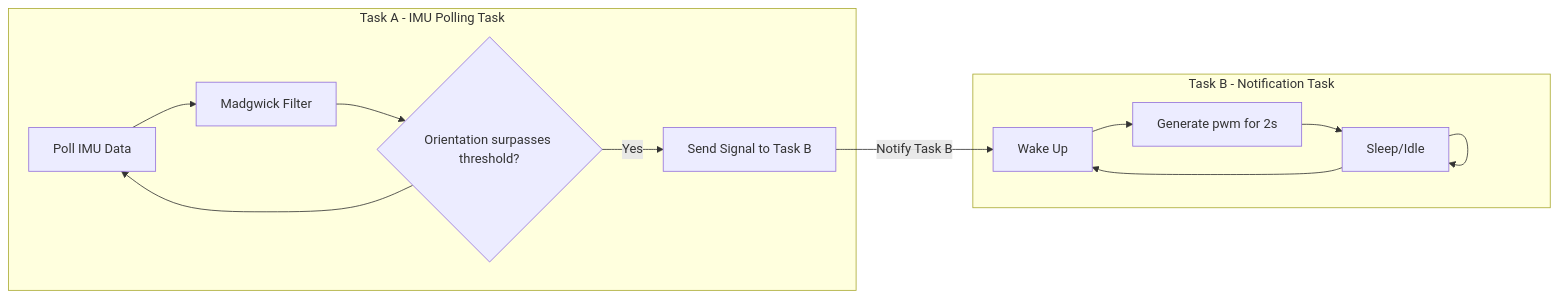
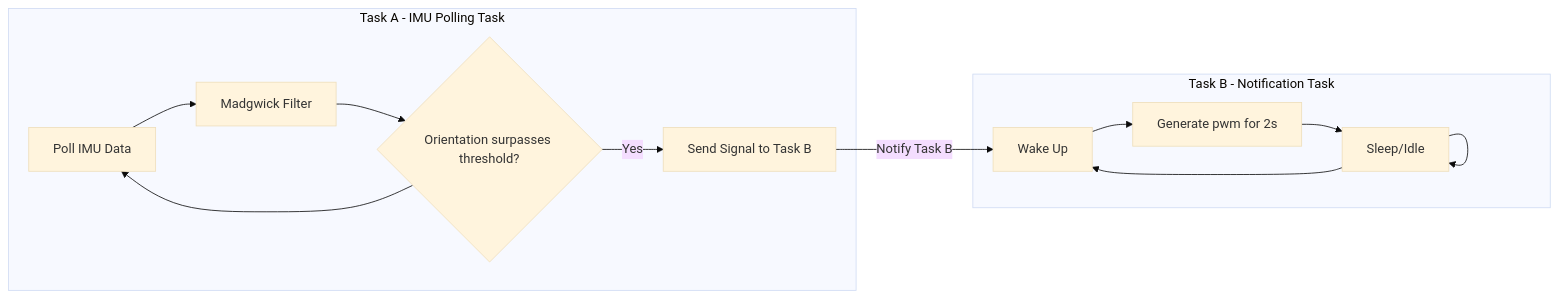
Before and after one commit to yguenduez/nerd-neck: the diagram in report.md, drawn with Mermaid.

Commit message:
report: use another theme

````diff
--- a/report.md
+++ b/report.md
@@ -144,25 +144,26 @@
 ```mermaid
+%%{init: {'theme': 'base', 'themeVariables': { 'scale': 3 }}}%%
 flowchart LR 
   subgraph TaskA["Task A - IMU Polling Task"]
     poll[Poll IMU Data]
     filter[Madgwick Filter]
     condA{Orientation surpasses threshold?}
     notify["Send Signal to Task B"]
   end
 
   subgraph TaskB["Task B - Notification Task"]
     wakeUp["Wake Up"]
     sleep["Sleep/Idle"]
     pwm["Generate pwm for 2s"]
   end
 
   poll --> filter
   filter --> condA
   condA -- Yes --> notify
   condA  --> poll
   notify -->|Notify Task B| wakeUp
   sleep --> wakeUp
   wakeUp --> pwm
   pwm --> sleep
   sleep --> sleep
 ```
````
